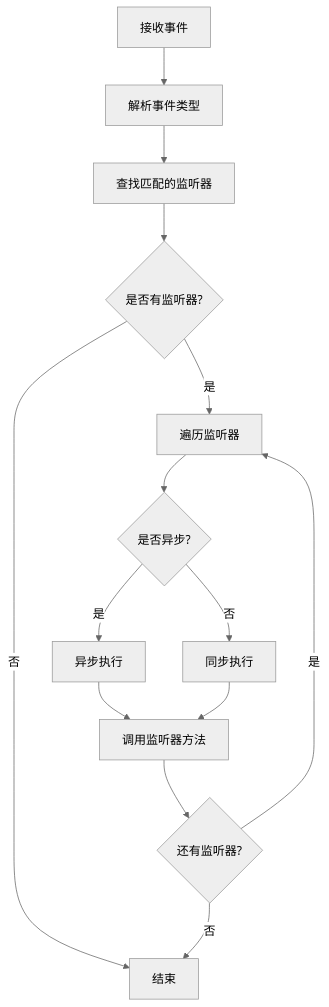
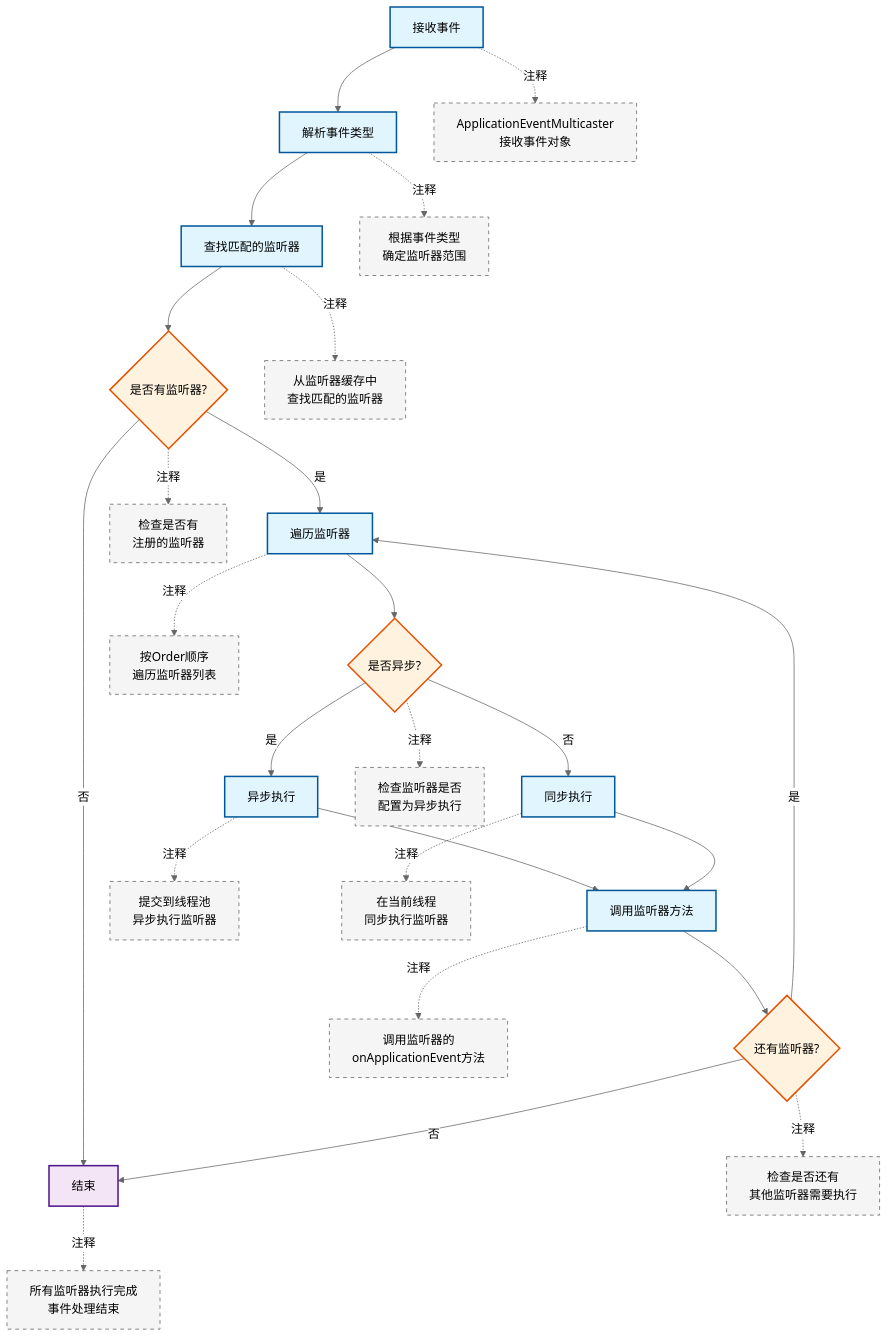
The fifth of 9 diagrams in docs/启动流程/SpringBoot启动流程-事件发布监听机制-完整指南.md (yetiKnight/springboot-learning), drawn with Mermaid (neutral theme) before and after one commit. The commit also changed other lines of this file and 2 other files, not shown here.

````diff
--- a/docs/启动流程/SpringBoot启动流程-事件发布监听机制-完整指南.md
+++ b/docs/启动流程/SpringBoot启动流程-事件发布监听机制-完整指南.md
@@ -151,16 +186,40 @@
 ```mermaid
 flowchart TD
     A[接收事件] --> B[解析事件类型]
     B --> C[查找匹配的监听器]
     C --> D{是否有监听器?}
     D -->|是| E[遍历监听器]
     D -->|否| F[结束]
     E --> G{是否异步?}
     G -->|是| H[异步执行]
     G -->|否| I[同步执行]
     H --> J[调用监听器方法]
     I --> J
     J --> K{还有监听器?}
     K -->|是| E
     K -->|否| F
+
+    %% 添加详细注释
+    A -.->|注释| A1[ApplicationEventMulticaster<br/>接收事件对象]
+    B -.->|注释| B1[根据事件类型<br/>确定监听器范围]
+    C -.->|注释| C1[从监听器缓存中<br/>查找匹配的监听器]
+    D -.->|注释| D1[检查是否有<br/>注册的监听器]
+    E -.->|注释| E1[按Order顺序<br/>遍历监听器列表]
+    G -.->|注释| G1[检查监听器是否<br/>配置为异步执行]
+    H -.->|注释| H1[提交到线程池<br/>异步执行监听器]
+    I -.->|注释| I1[在当前线程<br/>同步执行监听器]
+    J -.->|注释| J1[调用监听器的<br/>onApplicationEvent方法]
+    K -.->|注释| K1[检查是否还有<br/>其他监听器需要执行]
+    F -.->|注释| F1[所有监听器执行完成<br/>事件处理结束]
+
+    %% 样式定义
+    classDef processBox fill:#e1f5fe,stroke:#01579b,stroke-width:2px
+    classDef decisionBox fill:#fff3e0,stroke:#e65100,stroke-width:2px
+    classDef endBox fill:#f3e5f5,stroke:#4a148c,stroke-width:2px
+    classDef commentBox fill:#f5f5f5,stroke:#616161,stroke-width:1px,stroke-dasharray: 5 5
+
+    class A,B,C,E,H,I,J processBox
+    class D,G,K decisionBox
+    class F endBox
+    class A1,B1,C1,D1,E1,G1,H1,I1,J1,K1,F1 commentBox
 ```
````
